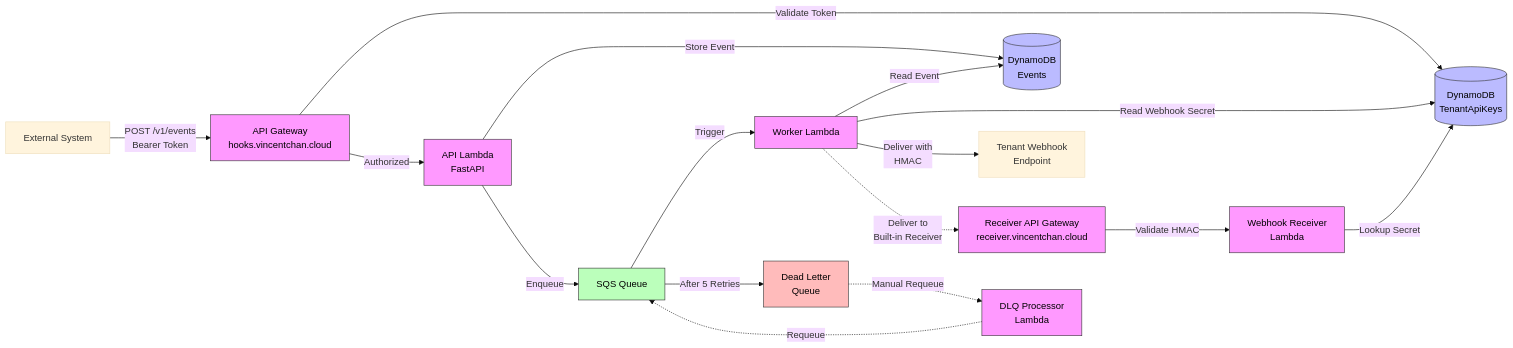
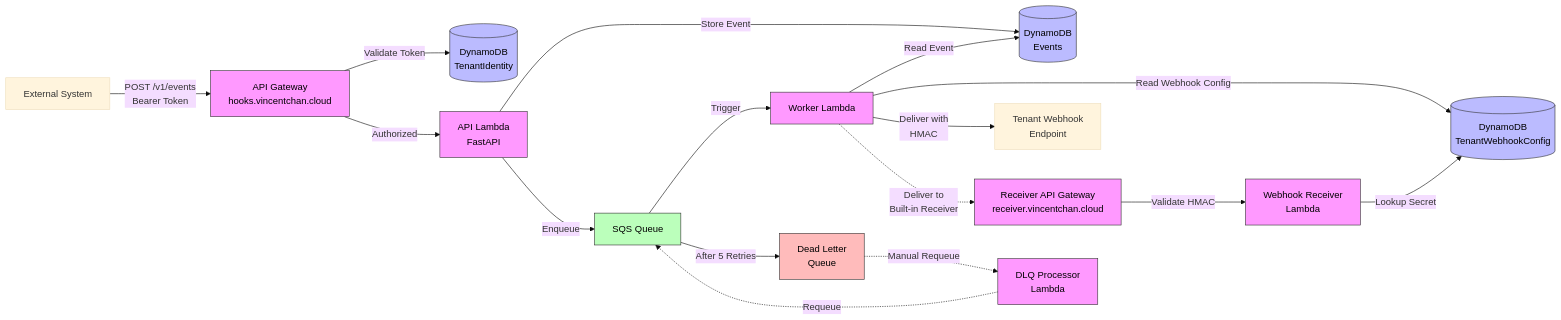
One commit to lousydropout/webhook-delivery changed the first of 4 diagrams in README.md. Above: the diagram before and after it, drawn with Mermaid (base theme). The commit also changed other lines of this file and 10 other files, not shown here.

````diff
--- a/README.md
+++ b/README.md
@@ -33,29 +36,30 @@
 ```mermaid
 graph LR
     A[External System] -->|POST /v1/events<br/>Bearer Token| B[API Gateway<br/>hooks.vincentchan.cloud]
-    B -->|Validate Token| C[(DynamoDB<br/>TenantApiKeys)]
+    B -->|Validate Token| C[(DynamoDB<br/>TenantIdentity)]
     B -->|Authorized| D[API Lambda<br/>FastAPI]
     D -->|Store Event| E[(DynamoDB<br/>Events)]
     D -->|Enqueue| F[SQS Queue]
     F -->|Trigger| G[Worker Lambda]
     G -->|Read Event| E
-    G -->|Read Webhook Secret| C
-    G -->|Deliver with<br/>HMAC| H[Tenant Webhook<br/>Endpoint]
-    G -.->|Deliver to<br/>Built-in Receiver| K[Receiver API Gateway<br/>receiver.vincentchan.cloud]
-    K -->|Validate HMAC| L[Webhook Receiver<br/>Lambda]
-    L -->|Lookup Secret| C
-    F -->|After 5 Retries| I[Dead Letter<br/>Queue]
-    I -.->|Manual Requeue| J[DLQ Processor<br/>Lambda]
-    J -.->|Requeue| F
+    G -->|Read Webhook Config| H[(DynamoDB<br/>TenantWebhookConfig)]
+    G -->|Deliver with<br/>HMAC| I[Tenant Webhook<br/>Endpoint]
+    G -.->|Deliver to<br/>Built-in Receiver| J[Receiver API Gateway<br/>receiver.vincentchan.cloud]
+    J -->|Validate HMAC| K[Webhook Receiver<br/>Lambda]
+    K -->|Lookup Secret| H
+    F -->|After 5 Retries| L[Dead Letter<br/>Queue]
+    L -.->|Manual Requeue| M[DLQ Processor<br/>Lambda]
+    M -.->|Requeue| F
 
     style B fill:#f9f,stroke:#333,color:#000
     style D fill:#f9f,stroke:#333,color:#000
     style G fill:#f9f,stroke:#333,color:#000
+    style M fill:#f9f,stroke:#333,color:#000
     style J fill:#f9f,stroke:#333,color:#000
     style K fill:#f9f,stroke:#333,color:#000
-    style L fill:#f9f,stroke:#333,color:#000
     style C fill:#bbf,stroke:#333,color:#000
+    style H fill:#bbf,stroke:#333,color:#000
     style E fill:#bbf,stroke:#333,color:#000
     style F fill:#bfb,stroke:#333,color:#000
-    style I fill:#fbb,stroke:#333,color:#000
+    style L fill:#fbb,stroke:#333,color:#000
 ```
````
